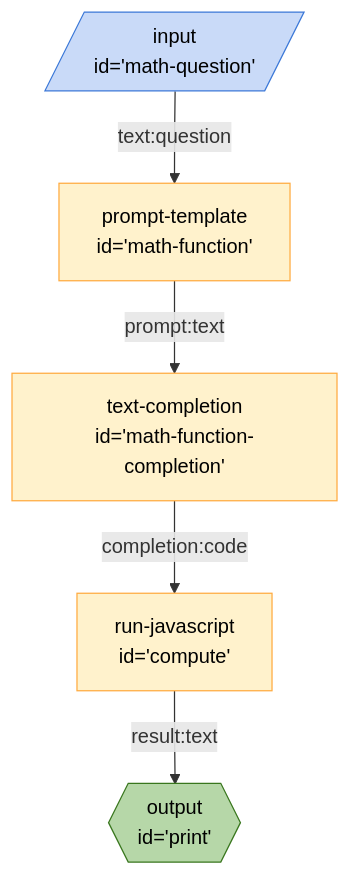
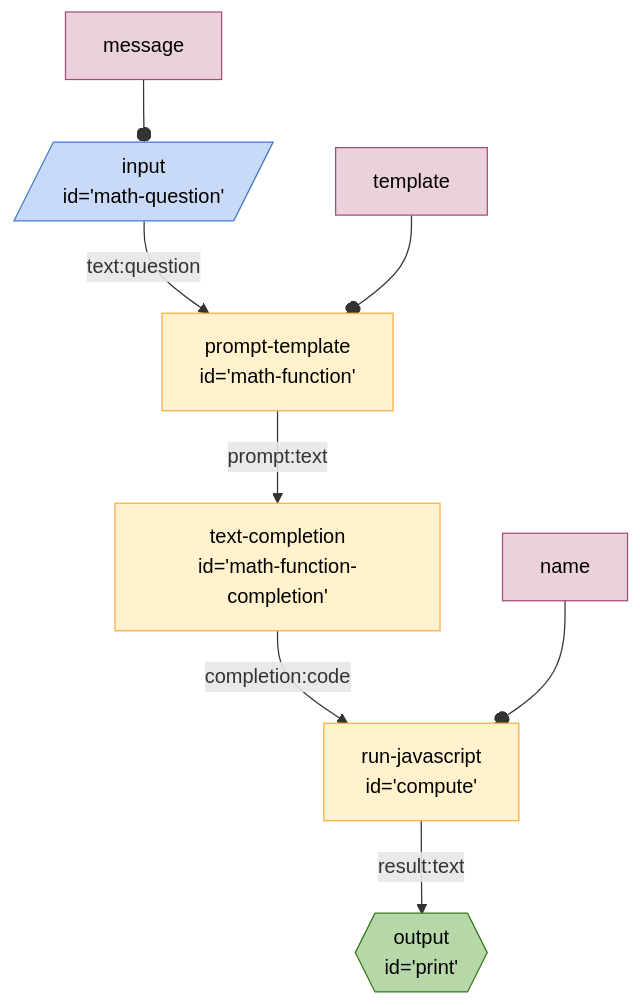
One commit to breadboard-ai/breadboard changed the diagram in seeds/graph-playground/docs/graphs/math.md. Above: the diagram before and after it, drawn with Mermaid. The commit also changed 15 other files, not shown here.

First line of the commit message:
[graphs] Show `configuration` as constants.

````diff
--- a/seeds/graph-playground/docs/graphs/math.md
+++ b/seeds/graph-playground/docs/graphs/math.md
@@ -4,22 +4,26 @@
 ```mermaid
 %%{init: 'themeVariables': { 'fontFamily': 'Fira Code, monospace' }}%%
 graph TD;
 mathquestion[/"input
 id='math-question'"/]:::input -- text:question --> mathfunction["prompt-template
 id='math-function'"]
 mathfunction["prompt-template
 id='math-function'"] -- prompt:text --> mathfunctioncompletion["text-completion
 id='math-function-completion'"]
 mathfunctioncompletion["text-completion
 id='math-function-completion'"] -- completion:code --> compute["run-javascript
 id='compute'"]
 compute["run-javascript
 id='compute'"] -- result:text --> print{{"output
 id='print'"}}:::output
+messagemathquestion[message]:::config --o mathquestion
+templatemathfunction[template]:::config --o mathfunction
+namecompute[name]:::config --o compute
 classDef default stroke:#ffab40,fill:#fff2ccff,color:#000
 classDef input stroke:#3c78d8,fill:#c9daf8ff,color:#000
 classDef output stroke:#38761d,fill:#b6d7a8ff,color:#000
 classDef passthrough stroke:#a64d79,fill:#ead1dcff,color:#000
 classDef slot stroke:#a64d79,fill:#ead1dcff,color:#000
+classDef config stroke:#a64d79,fill:#ead1dcff,color:#000
 classDef slotted stroke:#a64d79
 ```
````
